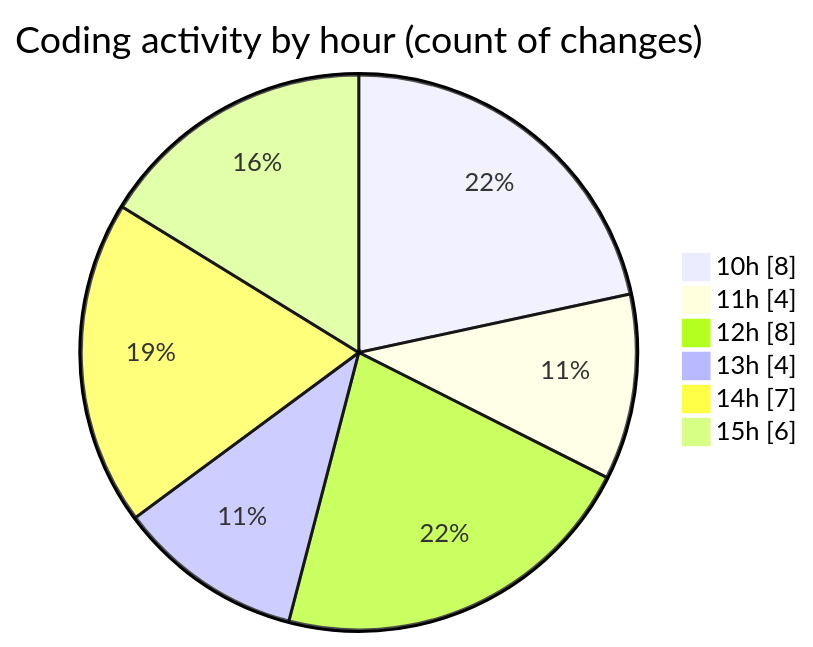
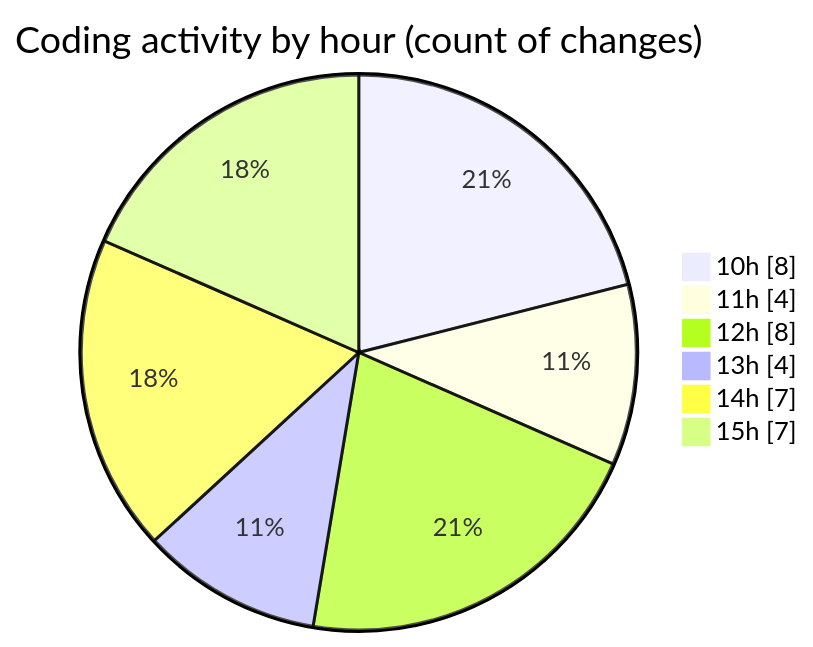
The second of 2 diagrams in 2025-08-07/nxtqube_webapp/README.md (nxtqubesakshisongat/code-tracking), drawn with Mermaid before and after one commit. The commit also changed other lines of this file and 1 other file, not shown here.

````diff
--- a/2025-08-07/nxtqube_webapp/README.md
+++ b/2025-08-07/nxtqube_webapp/README.md
@@ -35,10 +35,10 @@
 ```mermaid
 pie showData
 title Coding activity by hour (count of changes)
 "10h" : 8
 "11h" : 4
 "12h" : 8
 "13h" : 4
 "14h" : 7
-"15h" : 6
+"15h" : 7
 ```
````
